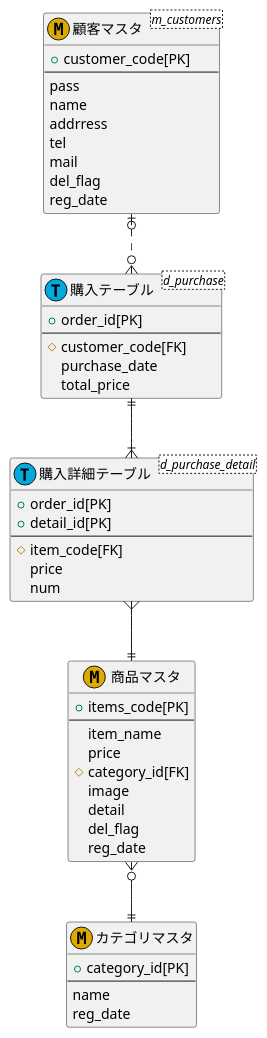
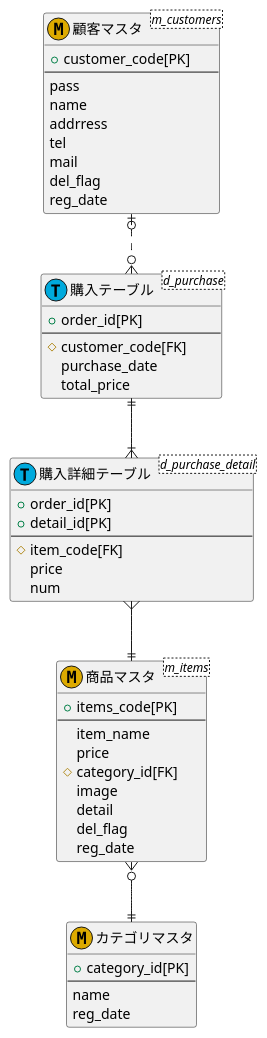
Before and after one commit to Aso2001022/2021sys-design: the diagram in kadai23.md, drawn with PlantUML.

````diff
--- a/kadai23.md
+++ b/kadai23.md
@@ -1,56 +1,56 @@
 ```puml
 @startuml
 entity "顧客マスタ" <m_customers><<M,DDAA00>>{
   +customer_code[PK]
   --
   pass
   name
   addrress
   tel
   mail
   del_flag
   reg_date
   }
   
   entity "購入テーブル"<d_purchase><<T,00AADD>>{
   +order_id[PK]
   --
   # customer_code[FK]
   purchase_date
   total_price
   }
   
   entity "購入詳細テーブル" <d_purchase_detail><<T,00AADD>> {
   +order_id[PK]
   +detail_id[PK]
   --
   # item_code[FK]
   price
   num
   }
   
-  entity "商品マスタ"<<M,DDAA00>> {
+  entity "商品マスタ"<m_items><<M,DDAA00>> {
   +items_code[PK]
   --
   item_name
   price
   # category_id[FK]
   image
   detail
   del_flag
   reg_date
   }
   
   entity "カテゴリマスタ" <<M,DDAA00>> {
 +category_id[PK]
 --
 name
 reg_date
 }
 
 顧客マスタ |o..o{ 購入テーブル 
 購入テーブル ||--|{ 購入詳細テーブル
 購入詳細テーブル }--|| 商品マスタ
 商品マスタ }o--|| カテゴリマスタ
 @enduml
 ```
````
